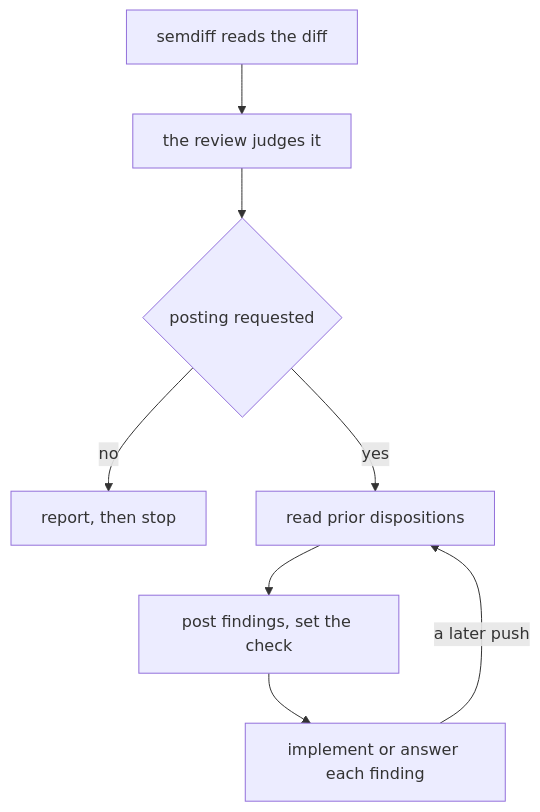
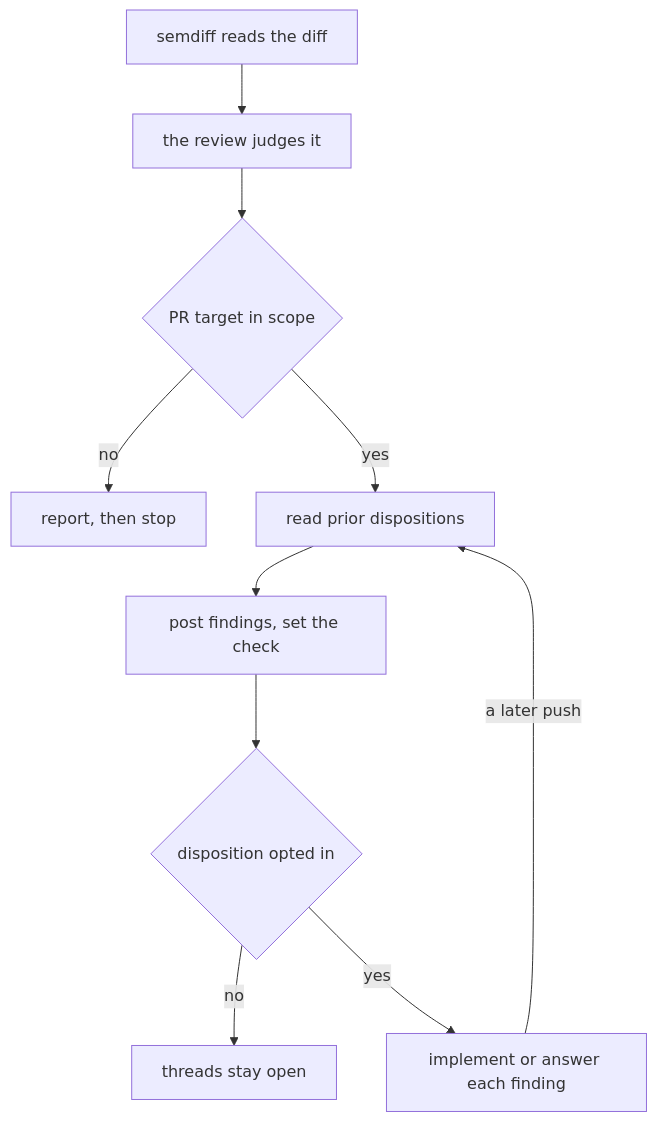
Before and after one commit to shipd-now/shipd: the diagram in docs/semantic-review.md, drawn with Mermaid. The commit also changed other lines of this file and 16 other files, not shown here.

````diff
--- a/docs/semantic-review.md
+++ b/docs/semantic-review.md
@@ -65,10 +65,12 @@
 ```mermaid
 flowchart TD
     A[semdiff reads the diff] --> B[the review judges it]
-    B --> C{posting requested}
+    B --> C{PR target in scope}
     C -->|no| D[report, then stop]
     C -->|yes| E[read prior dispositions]
     E --> F[post findings, set the check]
-    F --> G[implement or answer each finding]
+    F --> H{disposition opted in}
+    H -->|no| I[threads stay open]
+    H -->|yes| G[implement or answer each finding]
     G -->|a later push| E
 ```
````
